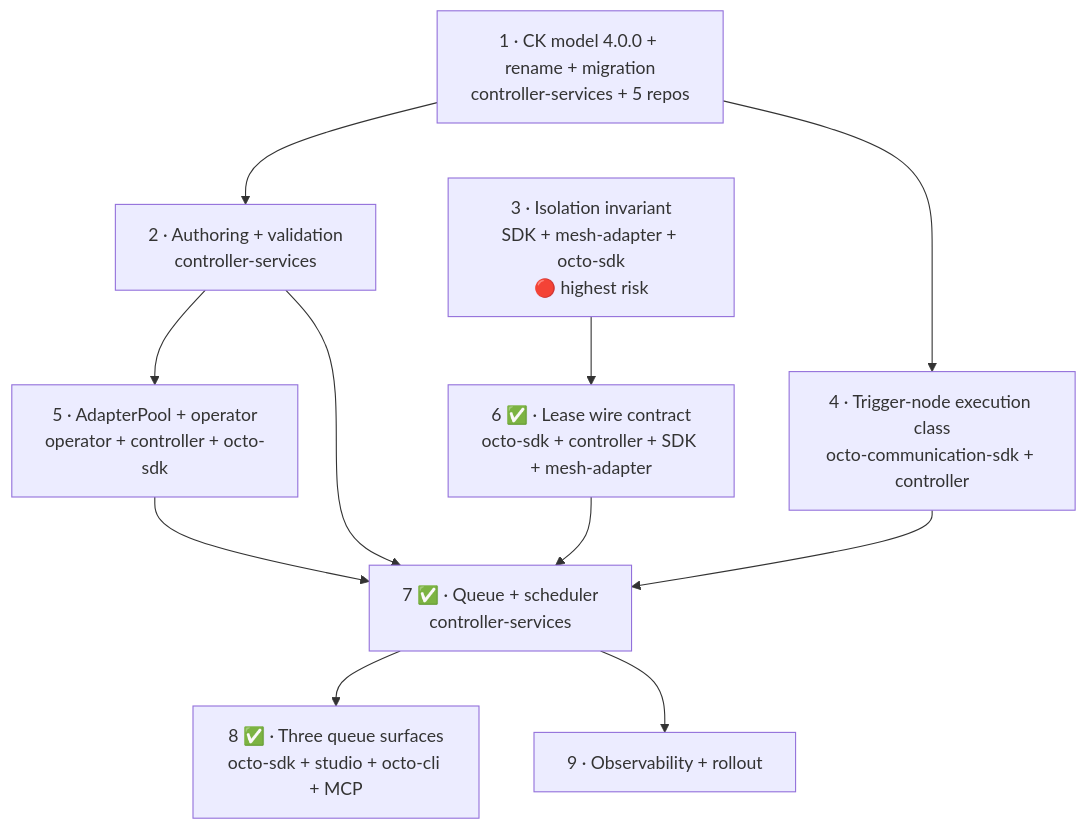
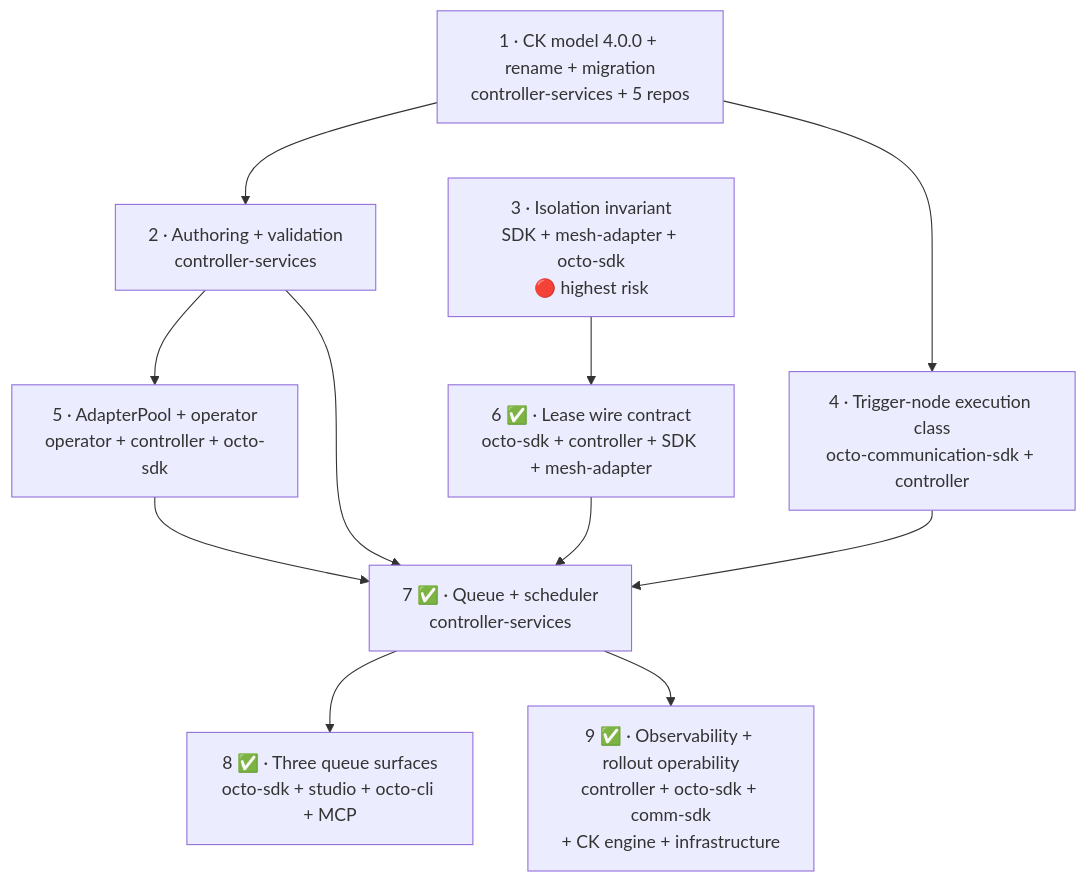
The diagram in docs/concepts/shared-adapter-leasing-implementation.md (meshmakers/octo-communication-controller-services), drawn with Mermaid before and after one commit. The commit also changed other lines of this file and 29 other files, not shown here.

````diff
--- a/docs/concepts/shared-adapter-leasing-implementation.md
+++ b/docs/concepts/shared-adapter-leasing-implementation.md
@@ -48,22 +49,22 @@
 ```mermaid
 graph TD
     I1["1 · CK model 4.0.0 + rename + migration<br/>controller-services + 5 repos"]
     I2["2 · Authoring + validation<br/>controller-services"]
     I3["3 · Isolation invariant<br/>SDK + mesh-adapter + octo-sdk<br/>🔴 highest risk"]
     I4["4 · Trigger-node execution class<br/>octo-communication-sdk + controller"]
     I5["5 · AdapterPool + operator<br/>operator + controller + octo-sdk"]
     I6["6 ✅ · Lease wire contract<br/>octo-sdk + controller + SDK + mesh-adapter"]
     I7["7 ✅ · Queue + scheduler<br/>controller-services"]
     I8["8 ✅ · Three queue surfaces<br/>octo-sdk + studio + octo-cli + MCP"]
-    I9["9 · Observability + rollout"]
+    I9["9 ✅ · Observability + rollout operability<br/>controller + octo-sdk + comm-sdk<br/>+ CK engine + infrastructure"]
     I1 --> I2
     I1 --> I4
     I2 --> I5
     I2 --> I7
     I3 --> I6
     I4 --> I7
     I5 --> I7
     I6 --> I7
     I7 --> I8
     I7 --> I9
 ```
````
